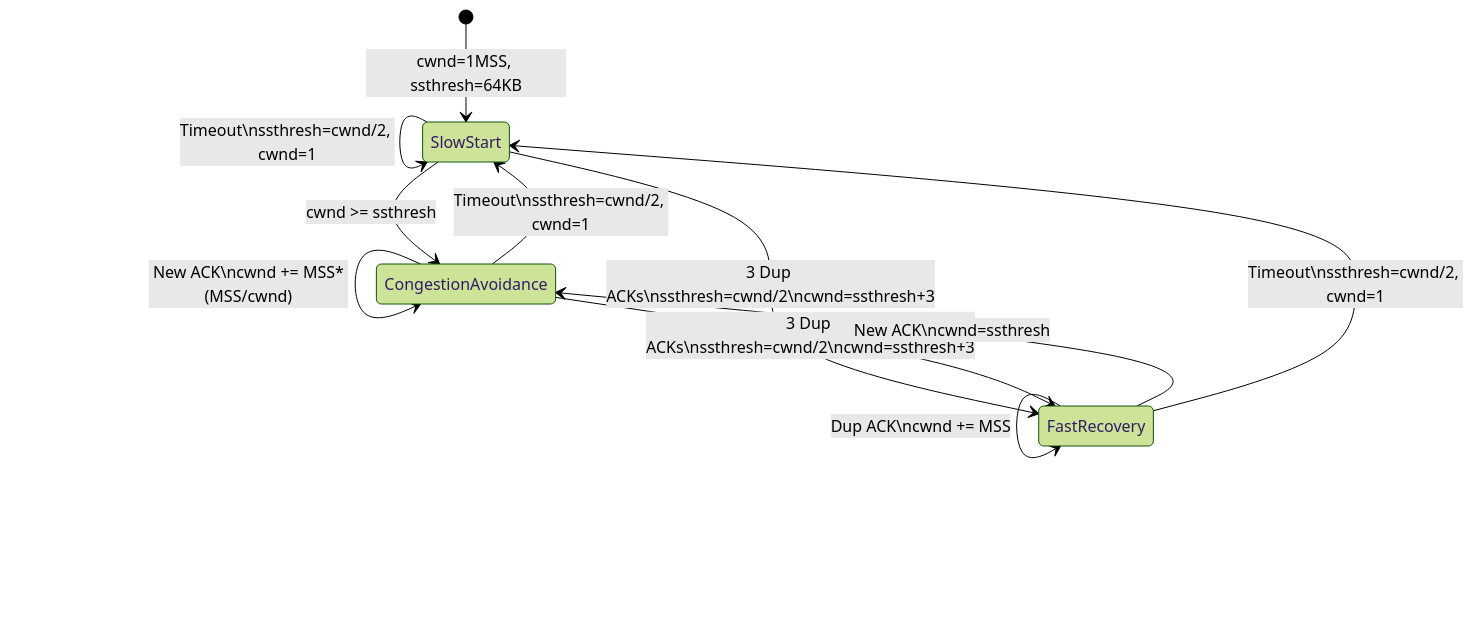
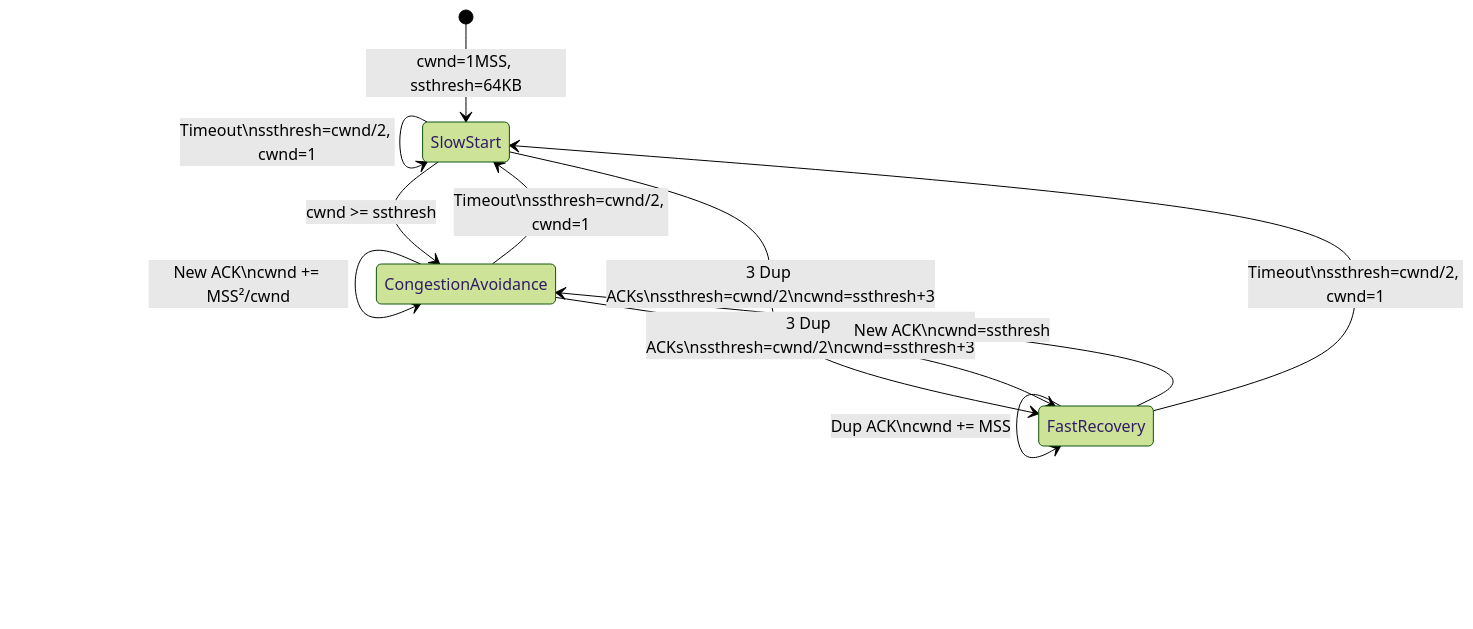
One commit to dreamian/dreamian.github.io changed the diagram in study/data-network/tcp-congestion control.qmd. Above: the diagram before and after it, drawn with Mermaid (forest theme). The commit also changed other lines of this file and 14 other files, not shown here.

````diff
--- a/study/data-network/tcp-congestion control.qmd
+++ b/study/data-network/tcp-congestion control.qmd
@@ -304,17 +447,17 @@
 ```{mermaid}
 stateDiagram-v2
     [*] --> SlowStart : cwnd=1MSS, ssthresh=64KB
 
     SlowStart --> SlowStart : New ACK\ncwnd += MSS
     SlowStart --> CongestionAvoidance : cwnd >= ssthresh
     SlowStart --> SlowStart : Timeout\nssthresh=cwnd/2, cwnd=1
     SlowStart --> FastRecovery : 3 Dup ACKs\nssthresh=cwnd/2\ncwnd=ssthresh+3
 
-    CongestionAvoidance --> CongestionAvoidance : New ACK\ncwnd += MSS*(MSS/cwnd)
+    CongestionAvoidance --> CongestionAvoidance : New ACK\ncwnd += MSS²/cwnd
     CongestionAvoidance --> SlowStart : Timeout\nssthresh=cwnd/2, cwnd=1
     CongestionAvoidance --> FastRecovery : 3 Dup ACKs\nssthresh=cwnd/2\ncwnd=ssthresh+3
 
     FastRecovery --> FastRecovery : Dup ACK\ncwnd += MSS
     FastRecovery --> CongestionAvoidance : New ACK\ncwnd=ssthresh
     FastRecovery --> SlowStart : Timeout\nssthresh=cwnd/2, cwnd=1
 ```
````
